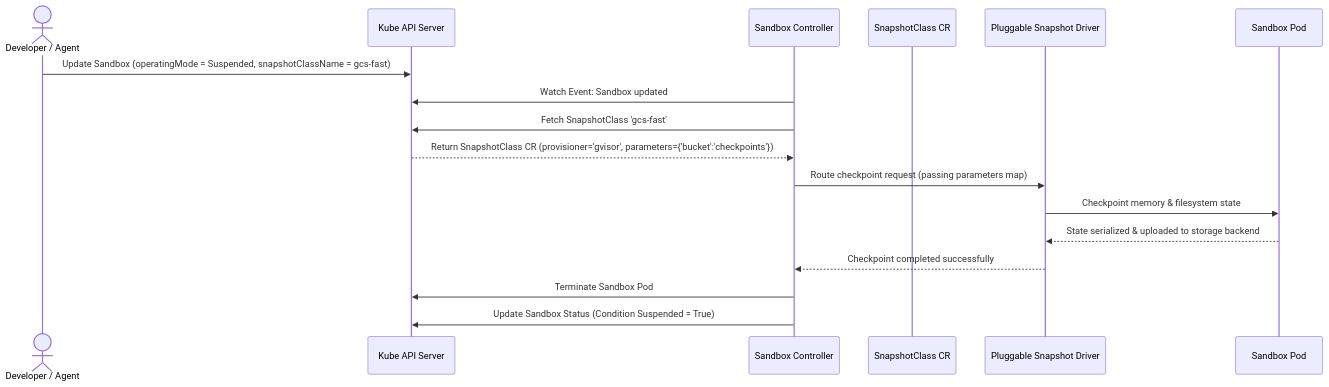
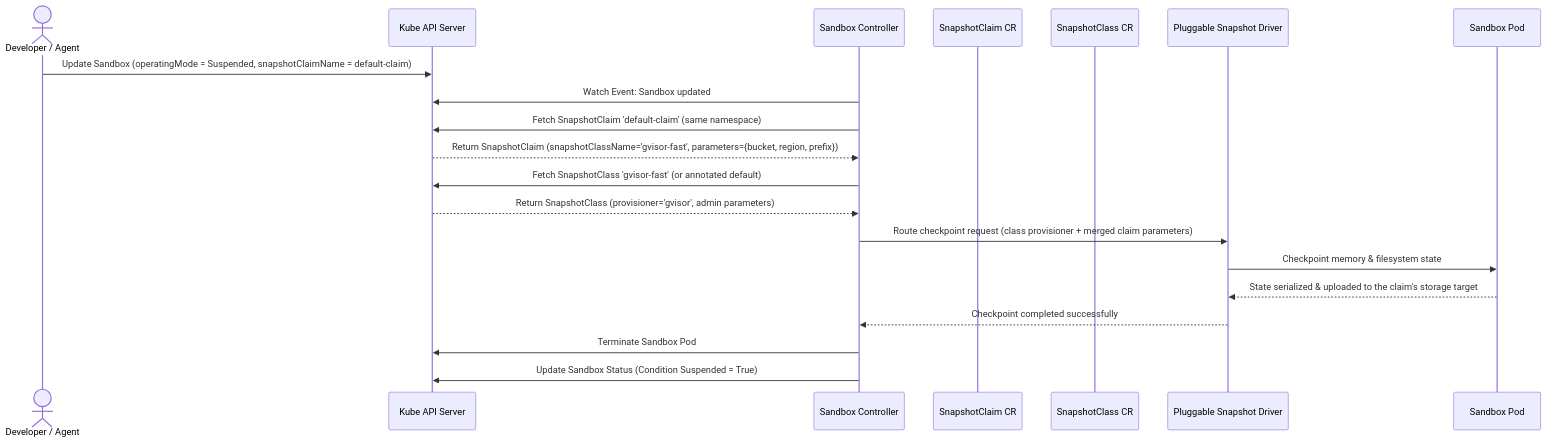
The second of 2 diagrams in docs/keps/694-suspend-and-resume-plus-snapshot-api/README.md (kubernetes-sigs/agent-sandbox), drawn with Mermaid before and after one commit. The commit also changed other lines of this file, not shown here.

Commit message:
add the storage class option

````diff
--- a/docs/keps/694-suspend-and-resume-plus-snapshot-api/README.md
+++ b/docs/keps/694-suspend-and-resume-plus-snapshot-api/README.md
@@ -315,20 +542,23 @@
 ```mermaid
 sequenceDiagram
     actor User as Developer / Agent
     participant KubeAPIServer as Kube API Server
     participant Controller as Sandbox Controller
+    participant SnapshotClaim as SnapshotClaim CR
     participant SnapshotClass as SnapshotClass CR
     participant Driver as Pluggable Snapshot Driver
     participant Pod as Sandbox Pod
 
-    User->>KubeAPIServer: Update Sandbox (operatingMode = Suspended, snapshotClassName = gcs-fast)
+    User->>KubeAPIServer: Update Sandbox (operatingMode = Suspended, snapshotClaimName = default-claim)
     Controller->>KubeAPIServer: Watch Event: Sandbox updated
-    Controller->>KubeAPIServer: Fetch SnapshotClass 'gcs-fast'
-    KubeAPIServer-->>Controller: Return SnapshotClass CR (provisioner='gvisor', parameters={'bucket':'checkpoints'})
-    Controller->>Driver: Route checkpoint request (passing parameters map)
+    Controller->>KubeAPIServer: Fetch SnapshotClaim 'default-claim' (same namespace)
+    KubeAPIServer-->>Controller: Return SnapshotClaim (snapshotClassName='gvisor-fast', parameters={bucket, region, prefix})
+    Controller->>KubeAPIServer: Fetch SnapshotClass 'gvisor-fast' (or annotated default)
+    KubeAPIServer-->>Controller: Return SnapshotClass (provisioner='gvisor', admin parameters)
+    Controller->>Driver: Route checkpoint request (class provisioner + merged claim parameters)
     Driver->>Pod: Checkpoint memory & filesystem state
-    Pod-->>Driver: State serialized & uploaded to storage backend
+    Pod-->>Driver: State serialized & uploaded to the claim's storage target
     Driver-->>Controller: Checkpoint completed successfully
     Controller->>KubeAPIServer: Terminate Sandbox Pod
     Controller->>KubeAPIServer: Update Sandbox Status (Condition Suspended = True)
 ```
````
